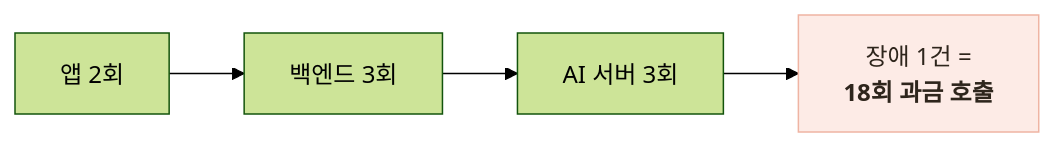
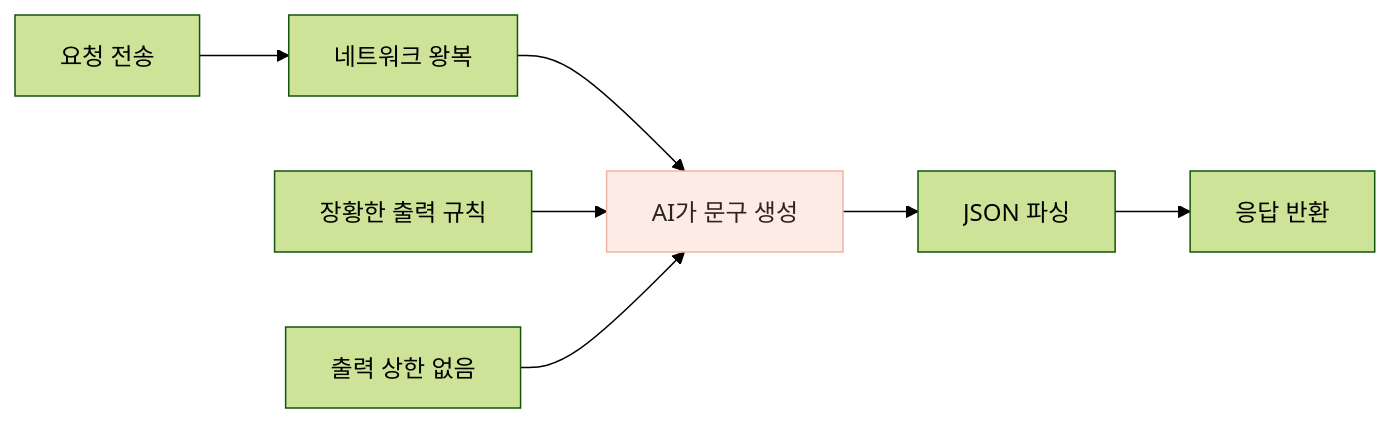
One commit to Jinacker/PortFolio changed the diagram in public/mds/kkinitalk/ts-5-latency.md. Above: the diagram before and after it, drawn with Mermaid (forest theme). The commit also changed other lines of this file and 12 other files, not shown here.

````diff
--- a/public/mds/kkinitalk/ts-5-latency.md
+++ b/public/mds/kkinitalk/ts-5-latency.md
@@ -53,8 +18,12 @@
 ```mermaid
 flowchart LR
-    A["앱 2회"] --> B["백엔드 3회"]
-    B --> C["AI 서버 3회"]
-    C --> D["장애 1건 =<br/><b>18회 과금 호출</b>"]
+    REQ["요청 전송"] --> NET["네트워크 왕복"]
+    NET --> GEN["AI가 문구 생성"]
+    GEN --> PARSE["JSON 파싱"]
+    PARSE --> RES["응답 반환"]
 
-    style D fill:#FDEBE6,stroke:#EFB4A3,color:#2E251C
+    PROMPT["장황한 출력 규칙"] --> GEN
+    LIMIT["출력 상한 없음"] --> GEN
+
+    style GEN fill:#FDEBE6,stroke:#EFB4A3,color:#2E251C
 ```
````
